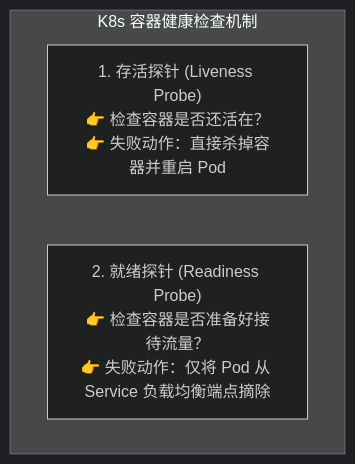
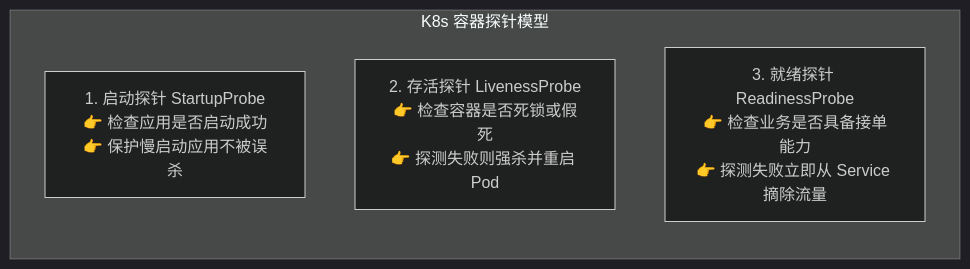
One commit to GuoWWWX/knowledge-base changed the second of 3 diagrams in 20-Java后端/04-Spring生态/14-SpringBoot生产运维与Actuator.md. Above: the diagram before and after it, drawn with Mermaid (dark theme). The commit also changed other lines of this file and 1 other file, not shown here.

````diff
--- a/20-Java后端/04-Spring生态/14-SpringBoot生产运维与Actuator.md
+++ b/20-Java后端/04-Spring生态/14-SpringBoot生产运维与Actuator.md
@@ -107,7 +102,8 @@
 ```mermaid
-flowchart TD
-    subgraph K8sProbes["K8s 容器健康检查机制"]
-        Liveness["1. 存活探针 (Liveness Probe)<br/>👉 检查容器是否还活在？<br/>👉 失败动作：直接杀掉容器并重启 Pod"]
-        Readiness["2. 就绪探针 (Readiness Probe)<br/>👉 检查容器是否准备好接待流量？<br/>👉 失败动作：仅将 Pod 从 Service 负载均衡端点摘除"]
+flowchart LR
+    subgraph K8sProbes["K8s 容器探针模型"]
+        P1["1. 启动探针 StartupProbe<br/>👉 检查应用是否启动成功<br/>👉 保护慢启动应用不被误杀"]
+        P2["2. 存活探针 LivenessProbe<br/>👉 检查容器是否死锁或假死<br/>👉 探测失败则强杀并重启 Pod"]
+        P3["3. 就绪探针 ReadinessProbe<br/>👉 检查业务是否具备接单能力<br/>👉 探测失败立即从 Service 摘除流量"]
     end
 ```
````
